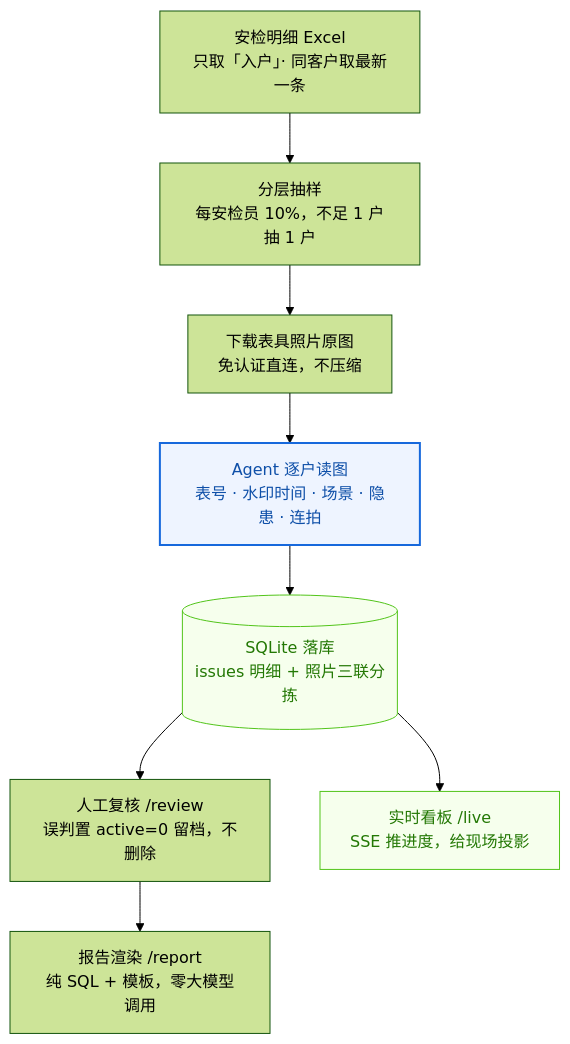
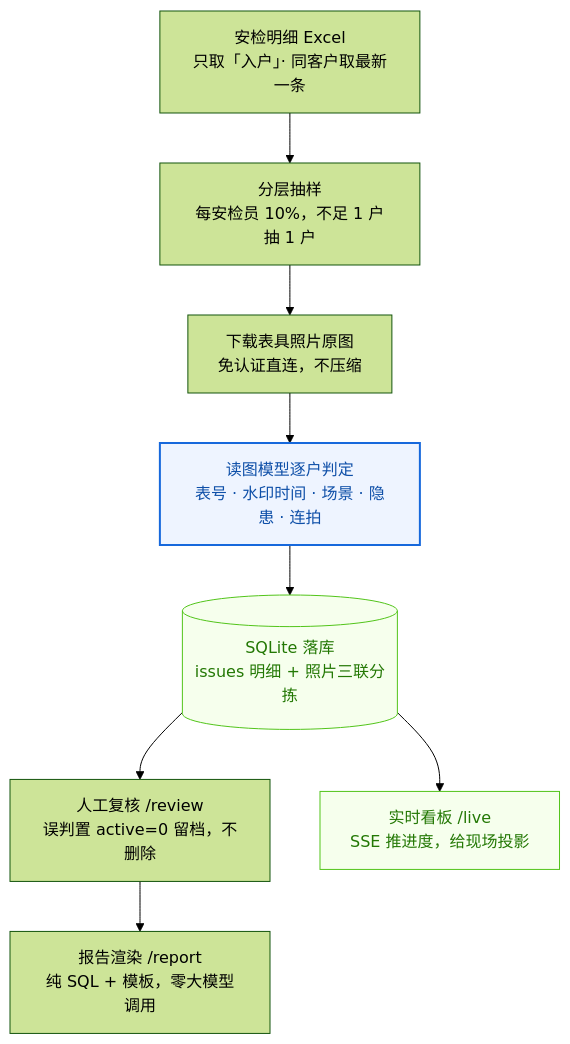
The diagram in README.md (liu222222222222/anjian-ai-qc), drawn with Mermaid (forest theme) before and after one commit. The commit also changed other lines of this file and 2 other files, not shown here.

````diff
--- a/README.md
+++ b/README.md
@@ -8,15 +12,15 @@
 ```mermaid
 flowchart TD
     A["安检明细 Excel<br/>只取「入户」· 同客户取最新一条"] --> B["分层抽样<br/>每安检员 10%，不足 1 户抽 1 户"]
     B --> C["下载表具照片原图<br/>免认证直连，不压缩"]
-    C --> D["Agent 逐户读图<br/>表号 · 水印时间 · 场景 · 隐患 · 连拍"]
+    C --> D["读图模型逐户判定<br/>表号 · 水印时间 · 场景 · 隐患 · 连拍"]
     D --> E[("SQLite 落库<br/>issues 明细 + 照片三联分拣")]
     E --> F["人工复核 /review<br/>误判置 active=0 留档，不删除"]
     E --> G["实时看板 /live<br/>SSE 推进度，给现场投影"]
     F --> H["报告渲染 /report<br/>纯 SQL + 模板，零大模型调用"]
 
     classDef agent fill:#eef4ff,stroke:#1668dc,stroke-width:2px,color:#0e4fa8
     classDef store fill:#f6ffed,stroke:#52c41a,color:#237804
     class D agent
     class E,G store
 ```
````
